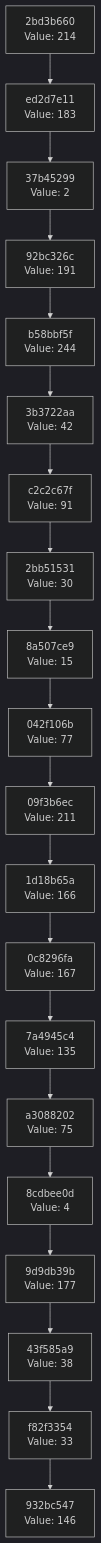
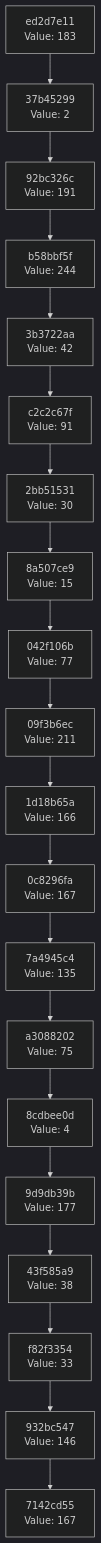
The diagram in docs/CHAIN_VISUALIZATION.md (Abhisheksinha1506/hash-chain-evolver), drawn with Mermaid (dark theme) before and after one commit. The commit also changed 2 other files, not shown here.

Commit message:
Evolution Step

````diff
--- a/docs/CHAIN_VISUALIZATION.md
+++ b/docs/CHAIN_VISUALIZATION.md
@@ -3,42 +3,42 @@
 ```mermaid
 graph TD
-    C0["932bc547<br/>Value: 146"]
-    C1["f82f3354<br/>Value: 33"]
+    C0["7142cd55<br/>Value: 167"]
+    C1["932bc547<br/>Value: 146"]
     C1 --> C0
-    C2["43f585a9<br/>Value: 38"]
+    C2["f82f3354<br/>Value: 33"]
     C2 --> C1
-    C3["9d9db39b<br/>Value: 177"]
+    C3["43f585a9<br/>Value: 38"]
     C3 --> C2
-    C4["8cdbee0d<br/>Value: 4"]
+    C4["9d9db39b<br/>Value: 177"]
     C4 --> C3
-    C5["a3088202<br/>Value: 75"]
+    C5["8cdbee0d<br/>Value: 4"]
     C5 --> C4
-    C6["7a4945c4<br/>Value: 135"]
+    C6["a3088202<br/>Value: 75"]
     C6 --> C5
-    C7["0c8296fa<br/>Value: 167"]
+    C7["7a4945c4<br/>Value: 135"]
     C7 --> C6
-    C8["1d18b65a<br/>Value: 166"]
+    C8["0c8296fa<br/>Value: 167"]
     C8 --> C7
-    C9["09f3b6ec<br/>Value: 211"]
+    C9["1d18b65a<br/>Value: 166"]
     C9 --> C8
-    C10["042f106b<br/>Value: 77"]
+    C10["09f3b6ec<br/>Value: 211"]
     C10 --> C9
-    C11["8a507ce9<br/>Value: 15"]
+    C11["042f106b<br/>Value: 77"]
     C11 --> C10
-    C12["2bb51531<br/>Value: 30"]
+    C12["8a507ce9<br/>Value: 15"]
     C12 --> C11
-    C13["c2c2c67f<br/>Value: 91"]
+    C13["2bb51531<br/>Value: 30"]
     C13 --> C12
-    C14["3b3722aa<br/>Value: 42"]
+    C14["c2c2c67f<br/>Value: 91"]
     C14 --> C13
-    C15["b58bbf5f<br/>Value: 244"]
+    C15["3b3722aa<br/>Value: 42"]
     C15 --> C14
-    C16["92bc326c<br/>Value: 191"]
+    C16["b58bbf5f<br/>Value: 244"]
     C16 --> C15
-    C17["37b45299<br/>Value: 2"]
+    C17["92bc326c<br/>Value: 191"]
     C17 --> C16
-    C18["ed2d7e11<br/>Value: 183"]
+    C18["37b45299<br/>Value: 2"]
     C18 --> C17
-    C19["2bd3b660<br/>Value: 214"]
+    C19["ed2d7e11<br/>Value: 183"]
     C19 --> C18
 ```
````
